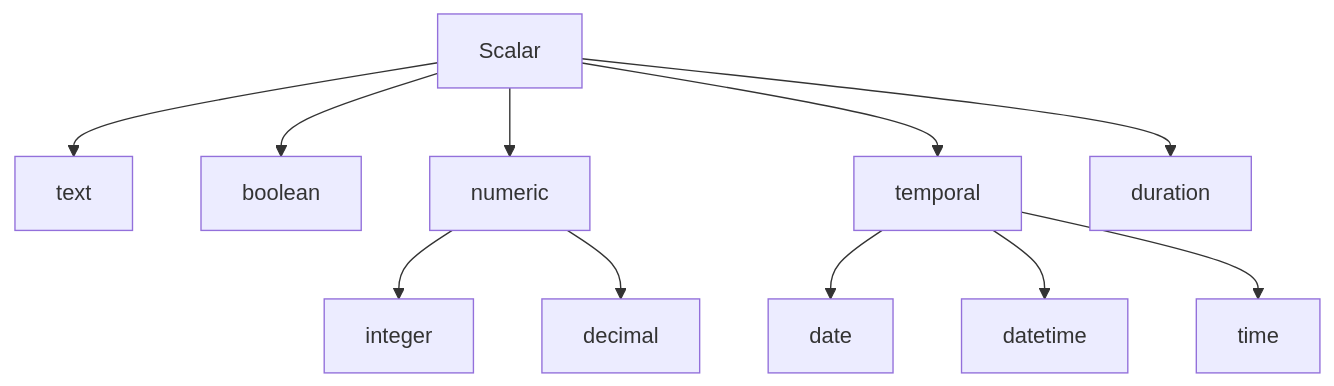
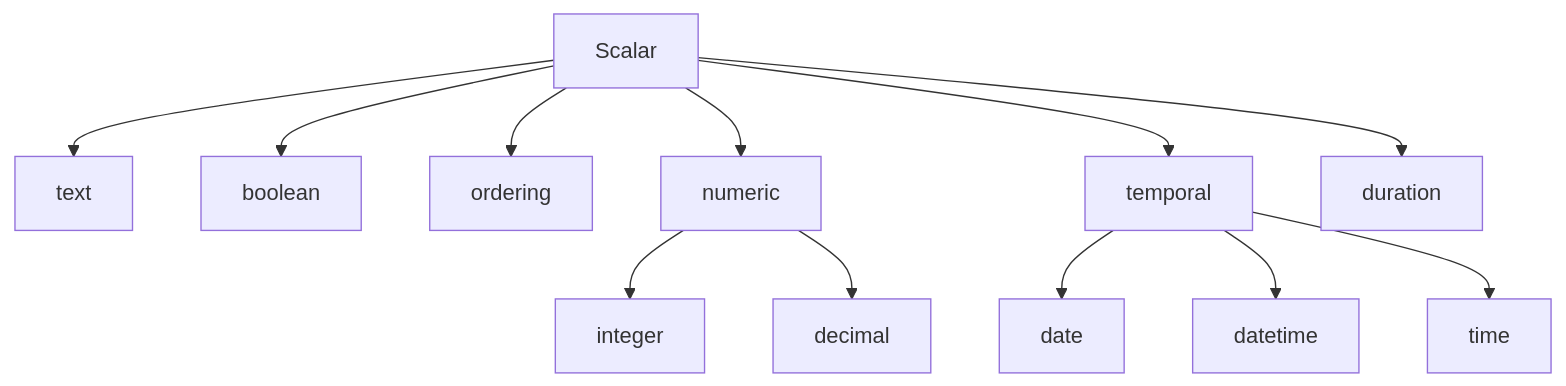
One commit to Seddryck/Expressif changed the first of 3 diagrams in docs/language/values-and-types.md. Above: the diagram before and after it, drawn with Mermaid. The commit also changed other lines of this file and 21 other files, not shown here.

````diff
--- a/docs/language/values-and-types.md
+++ b/docs/language/values-and-types.md
@@ -37,13 +38,14 @@
 ```mermaid
 flowchart TD
     A[Scalar] --> B[text]
     A --> C[boolean]
+    A --> L[ordering]
     A --> D[numeric]
     D --> E[integer]
     D --> F[decimal]
     A --> G[temporal]
     G --> H[date]
     G --> I[datetime]
     G --> J[time]
     A --> K[duration]
 ```
````
